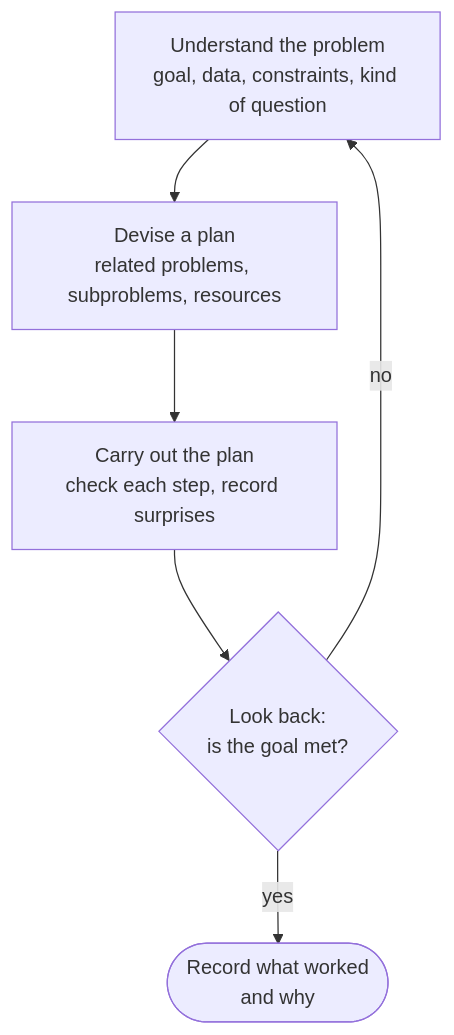
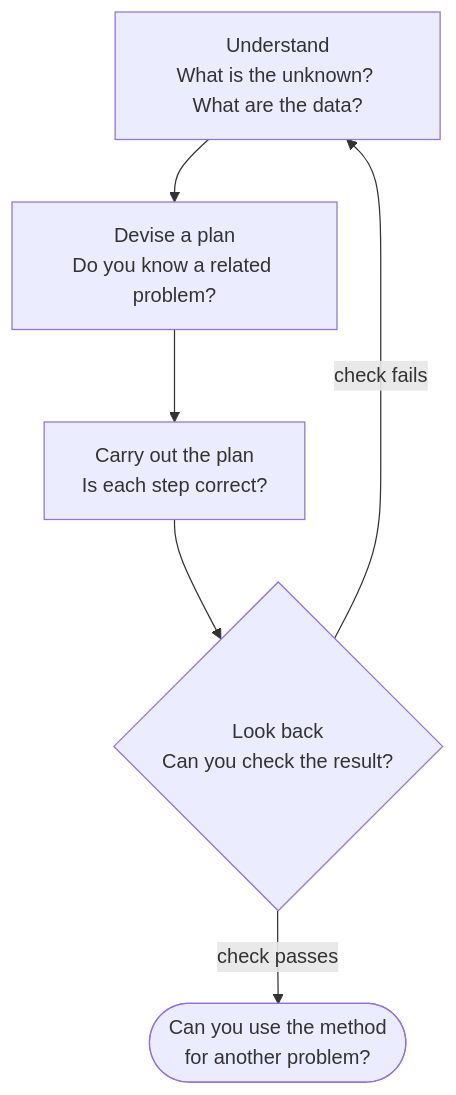
One commit to acrr-asia/acrr changed the first of 3 diagrams in src/content/blog/strategic-thinking-and-decisions.mdx. Above: the diagram before and after it, drawn with Mermaid. The commit also changed other lines of this file and 1 other file, not shown here.

````diff
--- a/src/content/blog/strategic-thinking-and-decisions.mdx
+++ b/src/content/blog/strategic-thinking-and-decisions.mdx
@@ -51,8 +58,8 @@
 ```mermaid
 flowchart TB
-    U["Understand the problem<br/>goal, data, constraints, kind of question"] --> D["Devise a plan<br/>related problems, subproblems, resources"]
-    D --> C["Carry out the plan<br/>check each step, record surprises"]
-    C --> L{"Look back:<br/>is the goal met?"}
-    L -- "no" --> U
-    L -- "yes" --> R(["Record what worked<br/>and why"])
+    U["Understand<br/>What is the unknown? What are the data?"] --> D["Devise a plan<br/>Do you know a related problem?"]
+    D --> C["Carry out the plan<br/>Is each step correct?"]
+    C --> L{"Look back<br/>Can you check the result?"}
+    L -- "check fails" --> U
+    L -- "check passes" --> R(["Can you use the method<br/>for another problem?"])
 ```
````
